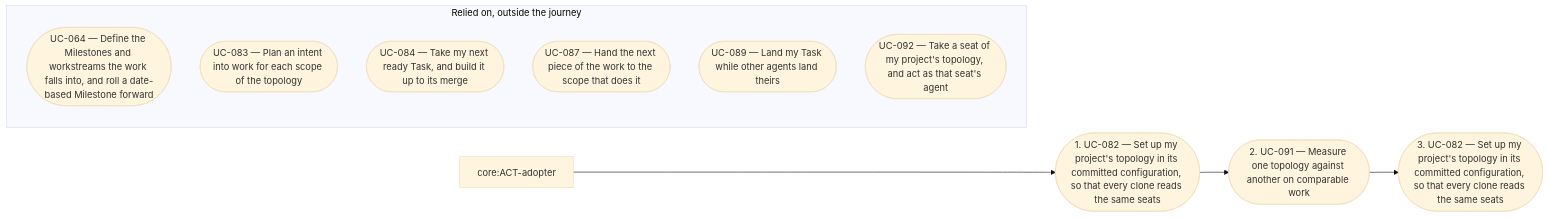
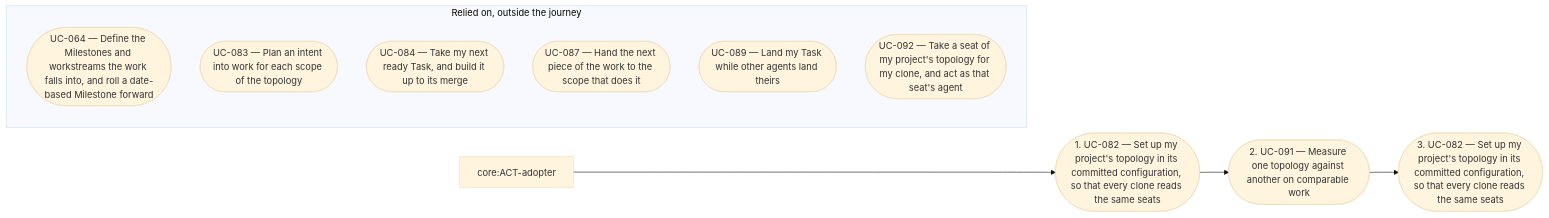
One commit to aleskalfas/project-kit changed the diagram in tech-docs/analysis/project-management/overview/README.md. Above: the diagram before and after it, drawn with Mermaid (base theme). The commit also changed other lines of this file and 11 other files, not shown here.

````diff
--- a/tech-docs/analysis/project-management/overview/README.md
+++ b/tech-docs/analysis/project-management/overview/README.md
@@ -142,20 +142,20 @@
 ```mermaid
 flowchart LR
   accTitle: JRN-004 — Set up the topology my project runs, and adjust it on what I measure
   accDescr: The flow of JRN-004: core:ACT-adopter takes 3 steps in order, UC-082, UC-091, UC-082. It relies on 6 use cases outside the journey, drawn apart with no arrow.
   core_ACT_adopter["core:ACT-adopter"]
   step_1(["1. UC-082 — Set up my project's topology in its committed configuration, so that every clone reads the same seats"])
   step_2(["2. UC-091 — Measure one topology against another on comparable work"])
   step_3(["3. UC-082 — Set up my project's topology in its committed configuration, so that every clone reads the same seats"])
   subgraph relies_on["Relied on, outside the journey"]
     UC_064(["UC-064 — Define the Milestones and workstreams the work falls into, and roll a date-based Milestone forward"])
     UC_083(["UC-083 — Plan an intent into work for each scope of the topology"])
     UC_084(["UC-084 — Take my next ready Task, and build it up to its merge"])
     UC_087(["UC-087 — Hand the next piece of the work to the scope that does it"])
     UC_089(["UC-089 — Land my Task while other agents land theirs"])
-    UC_092(["UC-092 — Take a seat of my project's topology, and act as that seat's agent"])
+    UC_092(["UC-092 — Take a seat of my project's topology for my clone, and act as that seat's agent"])
   end
   core_ACT_adopter --> step_1
   step_1 --> step_2
   step_2 --> step_3
 ```
````
